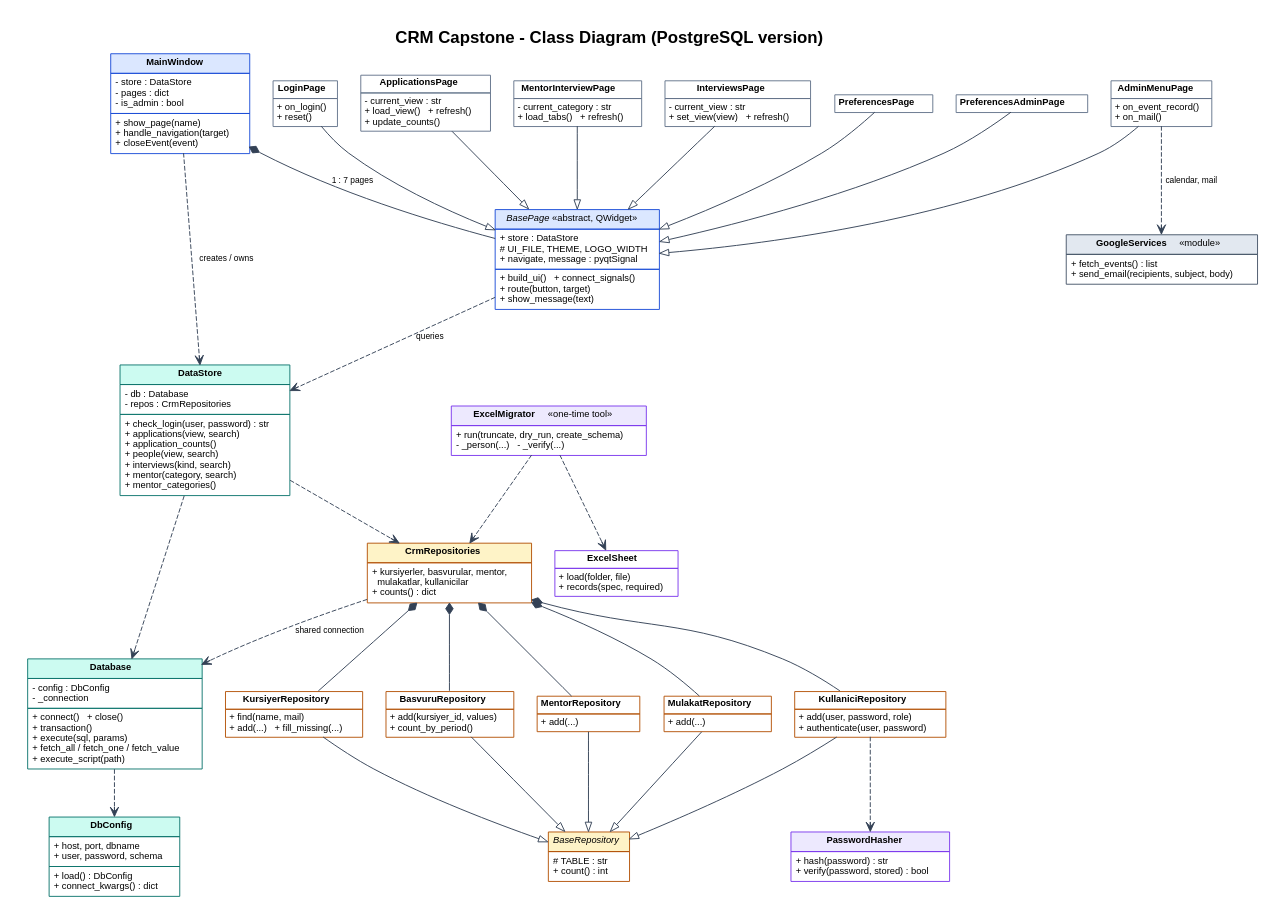
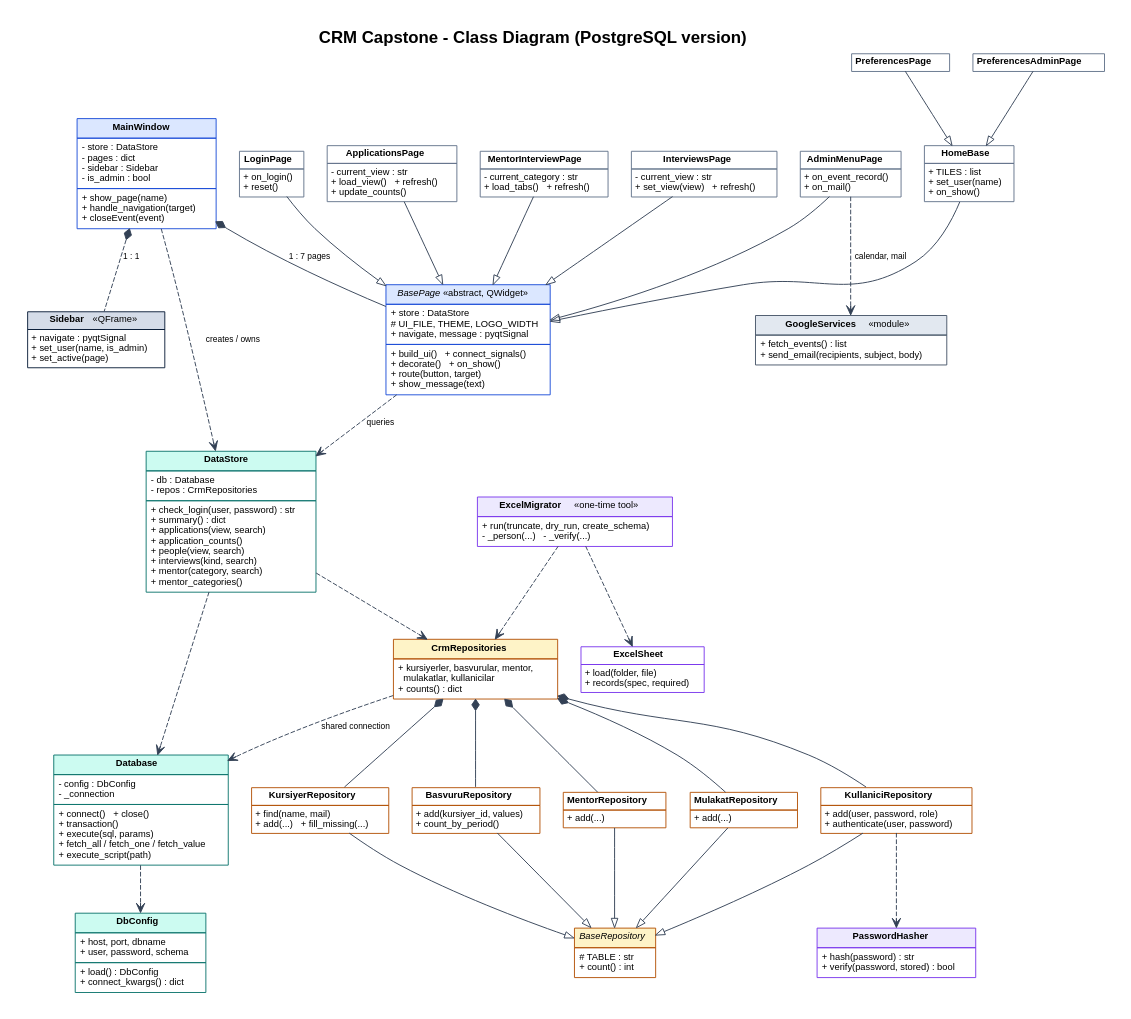
One commit to MS-Sezgin/crm changed the diagram in diagram/class.dot. Above: the diagram before and after it, drawn with Graphviz. The commit also changed 28 other files, not shown here.

Commit message:
Redesign UI: sidebar, icons, home dashboard

```diff
--- a/diagram/class.dot
+++ b/diagram/class.dot
@@ -1,91 +1,95 @@
 digraph Classes {
   graph [rankdir=TB, splines=spline, nodesep=0.35, ranksep=0.7, fontname="Helvetica", bgcolor="white", pad=0.3,
          label=<<B>CRM Capstone - Class Diagram (PostgreSQL version)</B>>, labelloc=t, fontsize=18];
   node  [shape=plain, fontname="Helvetica", fontsize=10];
   edge  [fontname="Helvetica", fontsize=9, color="#334155"];
 
   MainWindow [label=<<TABLE BORDER="0" CELLBORDER="1" CELLSPACING="0" CELLPADDING="4" COLOR="#1D4ED8">
     <TR><TD BGCOLOR="#DBE7FF"><B>MainWindow</B></TD></TR>
-    <TR><TD ALIGN="LEFT">- store : DataStore<BR ALIGN="LEFT"/>- pages : dict<BR ALIGN="LEFT"/>- is_admin : bool<BR ALIGN="LEFT"/></TD></TR>
+    <TR><TD ALIGN="LEFT">- store : DataStore<BR ALIGN="LEFT"/>- pages : dict<BR ALIGN="LEFT"/>- sidebar : Sidebar<BR ALIGN="LEFT"/>- is_admin : bool<BR ALIGN="LEFT"/></TD></TR>
     <TR><TD ALIGN="LEFT">+ show_page(name)<BR ALIGN="LEFT"/>+ handle_navigation(target)<BR ALIGN="LEFT"/>+ closeEvent(event)<BR ALIGN="LEFT"/></TD></TR></TABLE>>];
 
   BasePage [label=<<TABLE BORDER="0" CELLBORDER="1" CELLSPACING="0" CELLPADDING="4" COLOR="#1D4ED8">
     <TR><TD BGCOLOR="#DBE7FF"><I>BasePage</I> «abstract, QWidget»</TD></TR>
     <TR><TD ALIGN="LEFT">+ store : DataStore<BR ALIGN="LEFT"/># UI_FILE, THEME, LOGO_WIDTH<BR ALIGN="LEFT"/>+ navigate, message : pyqtSignal<BR ALIGN="LEFT"/></TD></TR>
-    <TR><TD ALIGN="LEFT">+ build_ui()   + connect_signals()<BR ALIGN="LEFT"/>+ route(button, target)<BR ALIGN="LEFT"/>+ show_message(text)<BR ALIGN="LEFT"/></TD></TR></TABLE>>];
+    <TR><TD ALIGN="LEFT">+ build_ui()   + connect_signals()<BR ALIGN="LEFT"/>+ decorate()   + on_show()<BR ALIGN="LEFT"/>+ route(button, target)<BR ALIGN="LEFT"/>+ show_message(text)<BR ALIGN="LEFT"/></TD></TR></TABLE>>];
 
   LoginPage [label=<<TABLE BORDER="0" CELLBORDER="1" CELLSPACING="0" CELLPADDING="3" COLOR="#64748B"><TR><TD><B>LoginPage</B></TD></TR><TR><TD ALIGN="LEFT">+ on_login()<BR ALIGN="LEFT"/>+ reset()<BR ALIGN="LEFT"/></TD></TR></TABLE>>];
   ApplicationsPage [label=<<TABLE BORDER="0" CELLBORDER="1" CELLSPACING="0" CELLPADDING="3" COLOR="#64748B"><TR><TD><B>ApplicationsPage</B></TD></TR><TR><TD ALIGN="LEFT">- current_view : str<BR ALIGN="LEFT"/>+ load_view()   + refresh()<BR ALIGN="LEFT"/>+ update_counts()<BR ALIGN="LEFT"/></TD></TR></TABLE>>];
   MentorInterviewPage [label=<<TABLE BORDER="0" CELLBORDER="1" CELLSPACING="0" CELLPADDING="3" COLOR="#64748B"><TR><TD><B>MentorInterviewPage</B></TD></TR><TR><TD ALIGN="LEFT">- current_category : str<BR ALIGN="LEFT"/>+ load_tabs()   + refresh()<BR ALIGN="LEFT"/></TD></TR></TABLE>>];
   InterviewsPage [label=<<TABLE BORDER="0" CELLBORDER="1" CELLSPACING="0" CELLPADDING="3" COLOR="#64748B"><TR><TD><B>InterviewsPage</B></TD></TR><TR><TD ALIGN="LEFT">- current_view : str<BR ALIGN="LEFT"/>+ set_view(view)   + refresh()<BR ALIGN="LEFT"/></TD></TR></TABLE>>];
   PreferencesPage [label=<<TABLE BORDER="0" CELLBORDER="1" CELLSPACING="0" CELLPADDING="3" COLOR="#64748B"><TR><TD><B>PreferencesPage</B></TD></TR></TABLE>>];
   PreferencesAdminPage [label=<<TABLE BORDER="0" CELLBORDER="1" CELLSPACING="0" CELLPADDING="3" COLOR="#64748B"><TR><TD><B>PreferencesAdminPage</B></TD></TR></TABLE>>];
   AdminMenuPage [label=<<TABLE BORDER="0" CELLBORDER="1" CELLSPACING="0" CELLPADDING="3" COLOR="#64748B"><TR><TD><B>AdminMenuPage</B></TD></TR><TR><TD ALIGN="LEFT">+ on_event_record()<BR ALIGN="LEFT"/>+ on_mail()<BR ALIGN="LEFT"/></TD></TR></TABLE>>];
 
+  Sidebar [label=<<TABLE BORDER="0" CELLBORDER="1" CELLSPACING="0" CELLPADDING="3" COLOR="#0B1F3A"><TR><TD BGCOLOR="#D5DCE8"><B>Sidebar</B> «QFrame»</TD></TR><TR><TD ALIGN="LEFT">+ navigate : pyqtSignal<BR ALIGN="LEFT"/>+ set_user(name, is_admin)<BR ALIGN="LEFT"/>+ set_active(page)<BR ALIGN="LEFT"/></TD></TR></TABLE>>];
+  HomeBase [label=<<TABLE BORDER="0" CELLBORDER="1" CELLSPACING="0" CELLPADDING="3" COLOR="#64748B"><TR><TD><B>HomeBase</B></TD></TR><TR><TD ALIGN="LEFT">+ TILES : list<BR ALIGN="LEFT"/>+ set_user(name)<BR ALIGN="LEFT"/>+ on_show()<BR ALIGN="LEFT"/></TD></TR></TABLE>>];
+
   DataStore [label=<<TABLE BORDER="0" CELLBORDER="1" CELLSPACING="0" CELLPADDING="4" COLOR="#0F766E">
     <TR><TD BGCOLOR="#CCFBF1"><B>DataStore</B></TD></TR>
     <TR><TD ALIGN="LEFT">- db : Database<BR ALIGN="LEFT"/>- repos : CrmRepositories<BR ALIGN="LEFT"/></TD></TR>
-    <TR><TD ALIGN="LEFT">+ check_login(user, password) : str<BR ALIGN="LEFT"/>+ applications(view, search)<BR ALIGN="LEFT"/>+ application_counts()<BR ALIGN="LEFT"/>+ people(view, search)<BR ALIGN="LEFT"/>+ interviews(kind, search)<BR ALIGN="LEFT"/>+ mentor(category, search)<BR ALIGN="LEFT"/>+ mentor_categories()<BR ALIGN="LEFT"/></TD></TR></TABLE>>];
+    <TR><TD ALIGN="LEFT">+ check_login(user, password) : str<BR ALIGN="LEFT"/>+ summary() : dict<BR ALIGN="LEFT"/>+ applications(view, search)<BR ALIGN="LEFT"/>+ application_counts()<BR ALIGN="LEFT"/>+ people(view, search)<BR ALIGN="LEFT"/>+ interviews(kind, search)<BR ALIGN="LEFT"/>+ mentor(category, search)<BR ALIGN="LEFT"/>+ mentor_categories()<BR ALIGN="LEFT"/></TD></TR></TABLE>>];
 
   Database [label=<<TABLE BORDER="0" CELLBORDER="1" CELLSPACING="0" CELLPADDING="4" COLOR="#0F766E">
     <TR><TD BGCOLOR="#CCFBF1"><B>Database</B></TD></TR>
     <TR><TD ALIGN="LEFT">- config : DbConfig<BR ALIGN="LEFT"/>- _connection<BR ALIGN="LEFT"/></TD></TR>
     <TR><TD ALIGN="LEFT">+ connect()   + close()<BR ALIGN="LEFT"/>+ transaction()<BR ALIGN="LEFT"/>+ execute(sql, params)<BR ALIGN="LEFT"/>+ fetch_all / fetch_one / fetch_value<BR ALIGN="LEFT"/>+ execute_script(path)<BR ALIGN="LEFT"/></TD></TR></TABLE>>];
 
   DbConfig [label=<<TABLE BORDER="0" CELLBORDER="1" CELLSPACING="0" CELLPADDING="4" COLOR="#0F766E">
     <TR><TD BGCOLOR="#CCFBF1"><B>DbConfig</B></TD></TR>
     <TR><TD ALIGN="LEFT">+ host, port, dbname<BR ALIGN="LEFT"/>+ user, password, schema<BR ALIGN="LEFT"/></TD></TR>
     <TR><TD ALIGN="LEFT">+ load() : DbConfig<BR ALIGN="LEFT"/>+ connect_kwargs() : dict<BR ALIGN="LEFT"/></TD></TR></TABLE>>];
 
   CrmRepositories [label=<<TABLE BORDER="0" CELLBORDER="1" CELLSPACING="0" CELLPADDING="4" COLOR="#B45309">
     <TR><TD BGCOLOR="#FEF3C7"><B>CrmRepositories</B></TD></TR>
     <TR><TD ALIGN="LEFT">+ kursiyerler, basvurular, mentor,<BR ALIGN="LEFT"/>   mulakatlar, kullanicilar<BR ALIGN="LEFT"/>+ counts() : dict<BR ALIGN="LEFT"/></TD></TR></TABLE>>];
 
   BaseRepository [label=<<TABLE BORDER="0" CELLBORDER="1" CELLSPACING="0" CELLPADDING="4" COLOR="#B45309">
     <TR><TD BGCOLOR="#FEF3C7"><I>BaseRepository</I></TD></TR>
     <TR><TD ALIGN="LEFT"># TABLE : str<BR ALIGN="LEFT"/>+ count() : int<BR ALIGN="LEFT"/></TD></TR></TABLE>>];
 
   KursiyerRepository [label=<<TABLE BORDER="0" CELLBORDER="1" CELLSPACING="0" CELLPADDING="3" COLOR="#B45309"><TR><TD><B>KursiyerRepository</B></TD></TR><TR><TD ALIGN="LEFT">+ find(name, mail)<BR ALIGN="LEFT"/>+ add(...)   + fill_missing(...)<BR ALIGN="LEFT"/></TD></TR></TABLE>>];
   BasvuruRepository [label=<<TABLE BORDER="0" CELLBORDER="1" CELLSPACING="0" CELLPADDING="3" COLOR="#B45309"><TR><TD><B>BasvuruRepository</B></TD></TR><TR><TD ALIGN="LEFT">+ add(kursiyer_id, values)<BR ALIGN="LEFT"/>+ count_by_period()<BR ALIGN="LEFT"/></TD></TR></TABLE>>];
   MentorRepository [label=<<TABLE BORDER="0" CELLBORDER="1" CELLSPACING="0" CELLPADDING="3" COLOR="#B45309"><TR><TD><B>MentorRepository</B></TD></TR><TR><TD ALIGN="LEFT">+ add(...)<BR ALIGN="LEFT"/></TD></TR></TABLE>>];
   MulakatRepository [label=<<TABLE BORDER="0" CELLBORDER="1" CELLSPACING="0" CELLPADDING="3" COLOR="#B45309"><TR><TD><B>MulakatRepository</B></TD></TR><TR><TD ALIGN="LEFT">+ add(...)<BR ALIGN="LEFT"/></TD></TR></TABLE>>];
   KullaniciRepository [label=<<TABLE BORDER="0" CELLBORDER="1" CELLSPACING="0" CELLPADDING="3" COLOR="#B45309"><TR><TD><B>KullaniciRepository</B></TD></TR><TR><TD ALIGN="LEFT">+ add(user, password, role)<BR ALIGN="LEFT"/>+ authenticate(user, password)<BR ALIGN="LEFT"/></TD></TR></TABLE>>];
 
   PasswordHasher [label=<<TABLE BORDER="0" CELLBORDER="1" CELLSPACING="0" CELLPADDING="4" COLOR="#7C3AED">
     <TR><TD BGCOLOR="#EDE9FE"><B>PasswordHasher</B></TD></TR>
     <TR><TD ALIGN="LEFT">+ hash(password) : str<BR ALIGN="LEFT"/>+ verify(password, stored) : bool<BR ALIGN="LEFT"/></TD></TR></TABLE>>];
 
   GoogleServices [label=<<TABLE BORDER="0" CELLBORDER="1" CELLSPACING="0" CELLPADDING="4" COLOR="#475569">
     <TR><TD BGCOLOR="#E2E8F0"><B>GoogleServices</B> «module»</TD></TR>
     <TR><TD ALIGN="LEFT">+ fetch_events() : list<BR ALIGN="LEFT"/>+ send_email(recipients, subject, body)<BR ALIGN="LEFT"/></TD></TR></TABLE>>];
 
   ExcelMigrator [label=<<TABLE BORDER="0" CELLBORDER="1" CELLSPACING="0" CELLPADDING="4" COLOR="#7C3AED">
     <TR><TD BGCOLOR="#EDE9FE"><B>ExcelMigrator</B> «one-time tool»</TD></TR>
     <TR><TD ALIGN="LEFT">+ run(truncate, dry_run, create_schema)<BR ALIGN="LEFT"/>- _person(...)   - _verify(...)<BR ALIGN="LEFT"/></TD></TR></TABLE>>];
   ExcelSheet [label=<<TABLE BORDER="0" CELLBORDER="1" CELLSPACING="0" CELLPADDING="3" COLOR="#7C3AED"><TR><TD><B>ExcelSheet</B></TD></TR><TR><TD ALIGN="LEFT">+ load(folder, file)<BR ALIGN="LEFT"/>+ records(spec, required)<BR ALIGN="LEFT"/></TD></TR></TABLE>>];
 
   // inheritance (empty triangle)
   edge [arrowhead=empty, style=solid];
   LoginPage -> BasePage; ApplicationsPage -> BasePage; MentorInterviewPage -> BasePage; InterviewsPage -> BasePage;
-  PreferencesPage -> BasePage; PreferencesAdminPage -> BasePage; AdminMenuPage -> BasePage;
+  HomeBase -> BasePage; PreferencesPage -> HomeBase; PreferencesAdminPage -> HomeBase; AdminMenuPage -> BasePage;
   KursiyerRepository -> BaseRepository; BasvuruRepository -> BaseRepository; MentorRepository -> BaseRepository;
   MulakatRepository -> BaseRepository; KullaniciRepository -> BaseRepository;
 
   // composition / aggregation
   edge [arrowhead=diamond, style=solid, dir=back, arrowtail=none];
   edge [arrowhead=none, arrowtail=diamond, dir=back];
   MainWindow -> BasePage [label="1 : 7 pages", dir=back, arrowhead=none, arrowtail=diamond];
   CrmRepositories -> KursiyerRepository; CrmRepositories -> BasvuruRepository; CrmRepositories -> MentorRepository;
   CrmRepositories -> MulakatRepository; CrmRepositories -> KullaniciRepository;
 
   // dependencies (dashed)
   edge [arrowhead=vee, style=dashed, dir=forward, arrowtail=none];
   MainWindow -> DataStore [label="creates / owns"];
+  MainWindow -> Sidebar [label="1 : 1", dir=back, arrowhead=none, arrowtail=diamond];
   BasePage -> DataStore [label="queries"];
   DataStore -> CrmRepositories; DataStore -> Database;
   CrmRepositories -> Database [label="shared connection"];
   Database -> DbConfig;
   KullaniciRepository -> PasswordHasher;
   AdminMenuPage -> GoogleServices [label="calendar, mail"];
   ExcelMigrator -> CrmRepositories; ExcelMigrator -> ExcelSheet;
 }
```
